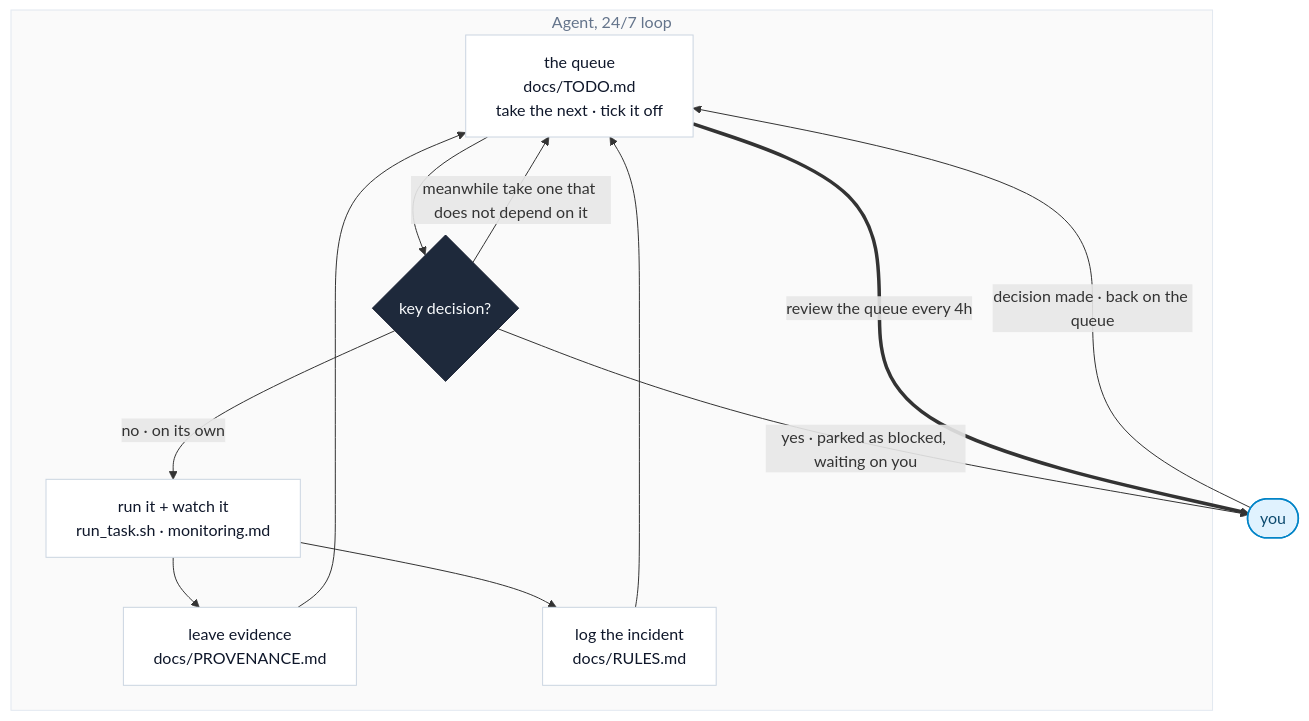
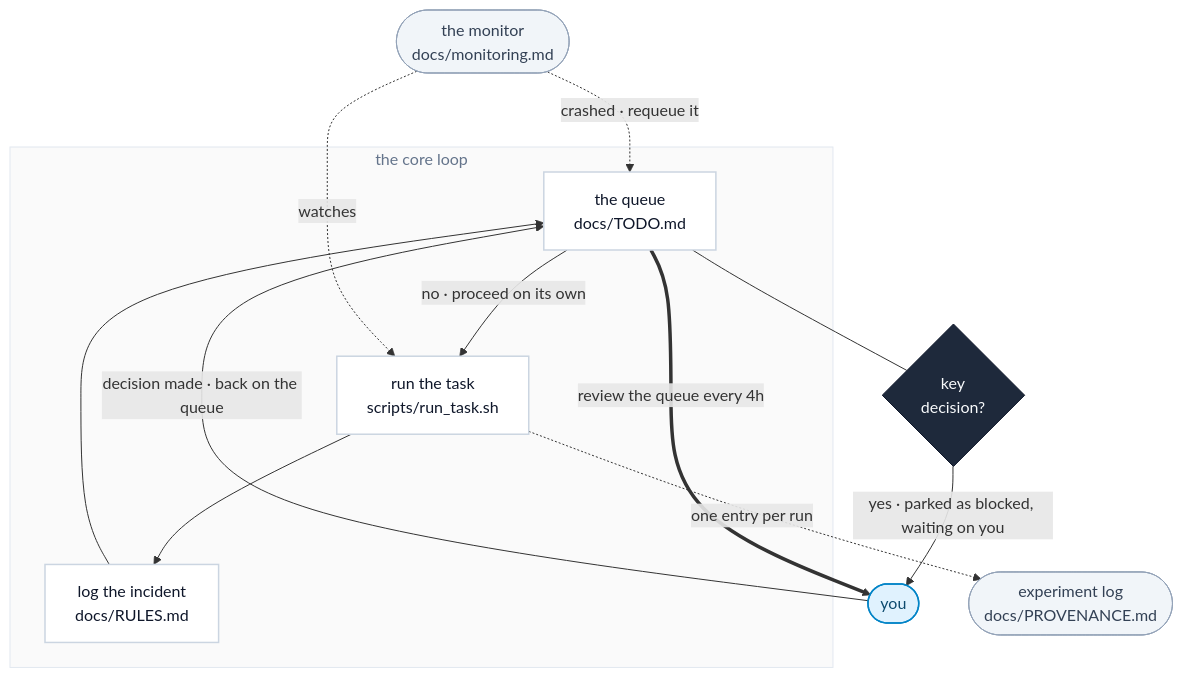
Before and after one commit to hashiruu/agent-experiment: the diagram in README.en.md, drawn with Mermaid. The commit also changed 1 other file, not shown here.

Commit message:
Three-node core loop, monitor and log as external components

````diff
--- a/README.en.md
+++ b/README.en.md
@@ -31,28 +31,30 @@
 ```mermaid
 flowchart TB
-    subgraph LOOP["Agent, 24/7 loop"]
-        Q["the queue<br/>docs/TODO.md<br/>take the next · tick it off"]
-        D{"key decision?"}
-        T2["run it + watch it<br/>run_task.sh · monitoring.md"]
-        PV["leave evidence<br/>docs/PROVENANCE.md"]
-        RL["log the incident<br/>docs/RULES.md"]
-        Q --> D
-        D -->|"no · on its own"| T2
-        T2 --> PV
-        T2 --> RL
-        PV --> Q
-        RL --> Q
-        D -->|"meanwhile take one that does not depend on it"| Q
+    subgraph CORE["the core loop"]
+        Q["the queue<br/>docs/TODO.md"]
+        T["run the task<br/>scripts/run_task.sh"]
+        R["log the incident<br/>docs/RULES.md"]
+        Q -->|"no · proceed on its own"| T
+        T --> R
+        R --> Q
     end
+
+    Q --- D{"key<br/>decision?"}
     D -->|"yes · parked as blocked, waiting on you"| HU(["you"])
     HU -->|"decision made · back on the queue"| Q
     Q ==>|"review the queue every 4h"| HU
 
-    classDef step fill:#FFFFFF,stroke:#CBD5E1,stroke-width:1px,color:#0F172A
-    classDef gate fill:#1E293B,stroke:#0F172A,stroke-width:1px,color:#F8FAFC
+    T -.->|"one entry per run"| PV(["experiment log<br/>docs/PROVENANCE.md"])
+    MO(["the monitor<br/>docs/monitoring.md"]) -.->|"watches"| T
+    MO -.->|"crashed · requeue it"| Q
+
+    classDef step fill:#FFFFFF,stroke:#CBD5E1,stroke-width:1.5px,color:#0F172A
+    classDef gate fill:#1E293B,stroke:#0F172A,color:#F8FAFC
+    classDef ext fill:#F1F5F9,stroke:#94A3B8,color:#334155
     classDef human fill:#E0F2FE,stroke:#0284C7,stroke-width:1.5px,color:#0C4A6E
-    class Q,T2,PV,RL step
+    class Q,T,R step
     class D gate
+    class MO,PV ext
     class HU human
-    style LOOP fill:#FAFAFA,stroke:#E2E8F0,color:#64748B
+    style CORE fill:#FAFAFA,stroke:#E2E8F0,color:#64748B
 ```
````
